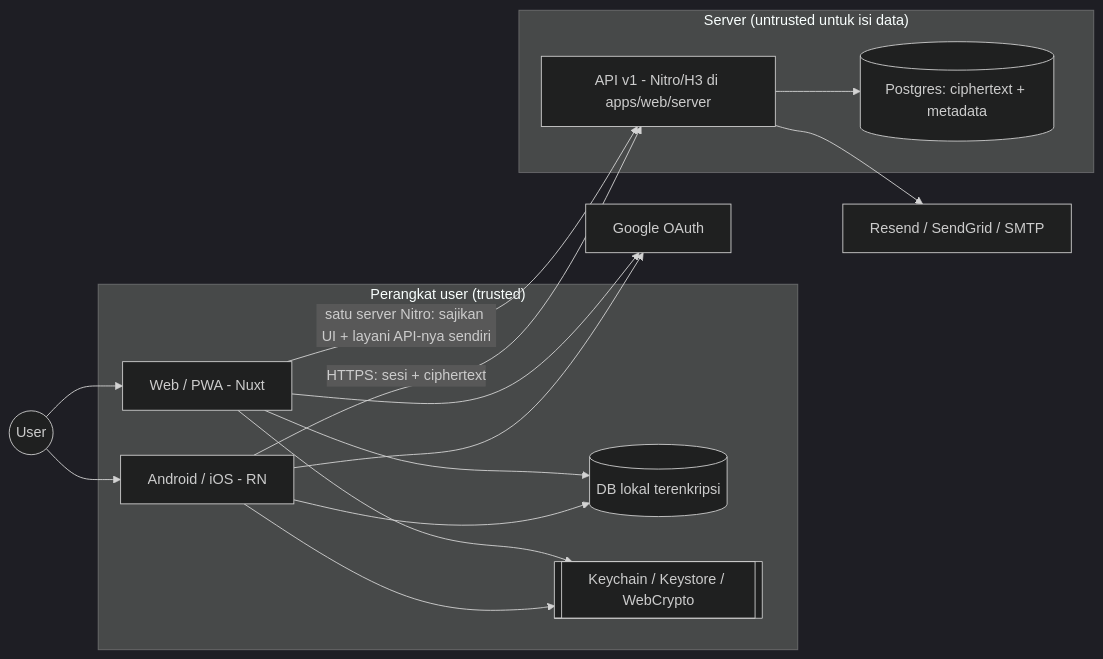
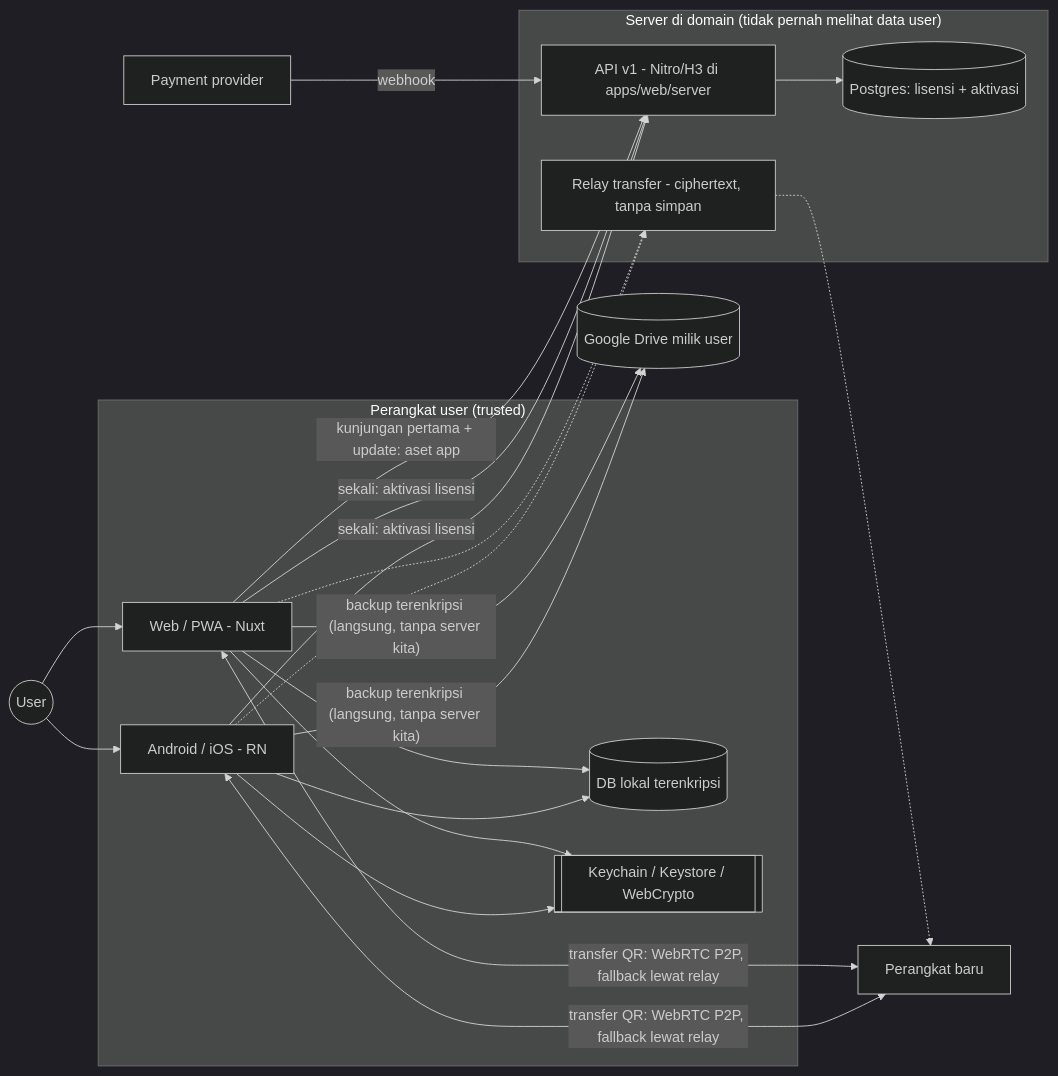
One commit to rijalsolahudin/improve-personal-web changed the first of 4 diagrams in ARCHITECTURE.md. Above: the diagram before and after it, drawn with Mermaid (dark theme). The commit also changed other lines of this file and 78 other files, not shown here.

First line of the commit message:
docs: ADR 15 local-only + lisensi sekali beli (Mayar)

````diff
--- a/ARCHITECTURE.md
+++ b/ARCHITECTURE.md
@@ -42,24 +44,28 @@
 ```mermaid
 flowchart LR
   U((User))
   subgraph Device["Perangkat user (trusted)"]
     W[Web / PWA - Nuxt]
     M[Android / iOS - RN]
     LDB[(DB lokal terenkripsi)]
     KS[[Keychain / Keystore / WebCrypto]]
   end
-  subgraph Cloud["Server (untrusted untuk isi data)"]
+  subgraph Cloud["Server di domain (tidak pernah melihat data user)"]
     API[API v1 - Nitro/H3 di apps/web/server]
-    PG[(Postgres: ciphertext + metadata)]
+    PG[(Postgres: lisensi + aktivasi)]
+    RL[Relay transfer - ciphertext, tanpa simpan]
   end
-  MAIL[Resend / SendGrid / SMTP]
-  G[Google OAuth]
+  PAY[Payment provider]
+  GD[(Google Drive milik user)]
+  D2[Perangkat baru]
   U --> W & M
   W & M --> LDB
   W & M --> KS
-  W -- "satu server Nitro: sajikan UI + layani API-nya sendiri" --> API
-  M -- "HTTPS: sesi + ciphertext" --> API
+  W -- "kunjungan pertama + update: aset app" --> API
+  W & M -- "sekali: aktivasi lisensi" --> API
+  PAY -- webhook --> API
   API --> PG
-  API --> MAIL
-  W & M --> G
+  W & M -- "backup terenkripsi (langsung, tanpa server kita)" --> GD
+  W & M <-- "transfer QR: WebRTC P2P, fallback lewat relay" --> D2
+  W & M -.-> RL -.-> D2
 ```
````
